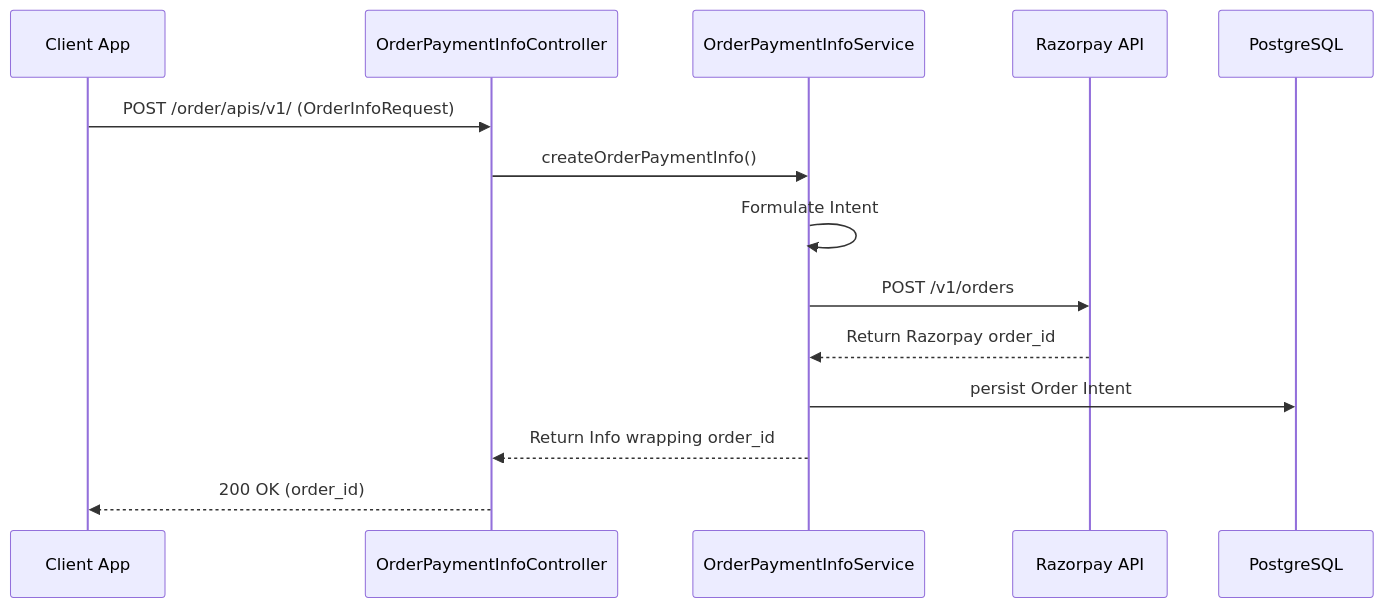
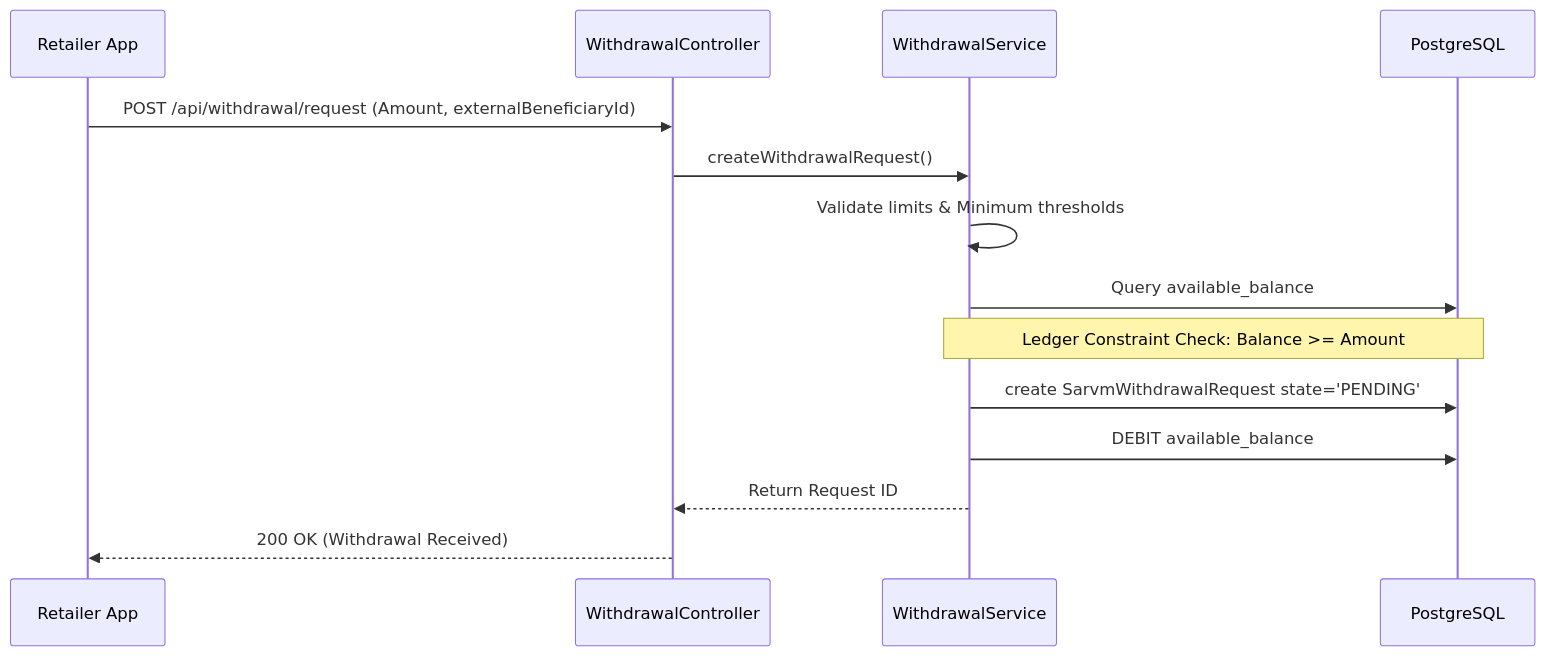
One commit to Omkar7840/eco changed the second of 4 diagrams in README.md. Above: the diagram before and after it, drawn with Mermaid. The commit also changed other lines of this file, not shown here.

````diff
--- a/README.md
+++ b/README.md
@@ -55,17 +54,17 @@
 ```mermaid
 sequenceDiagram
-    participant C as Client App
-    participant O as OrderPaymentInfoController
-    participant S as OrderPaymentInfoService
-    participant RZ as Razorpay API
+    participant R as Retailer App
+    participant W as WithdrawalController
+    participant S as WithdrawalService
     participant DB as PostgreSQL
 
-    C->>O: POST /order/apis/v1/ (OrderInfoRequest)
-    O->>S: createOrderPaymentInfo()
-    S->>S: Formulate Intent
-    S->>RZ: POST /v1/orders
-    RZ-->>S: Return Razorpay order_id
-    S->>DB: persist Order Intent
-    S-->>O: Return Info wrapping order_id
-    O-->>C: 200 OK (order_id)
+    R->>W: POST /api/withdrawal/request (Amount, externalBeneficiaryId)
+    W->>S: createWithdrawalRequest()
+    S->>S: Validate limits & Minimum thresholds
+    S->>DB: Query available_balance
+    Note over S,DB: Ledger Constraint Check: Balance >= Amount
+    S->>DB: create SarvmWithdrawalRequest state='PENDING'
+    S->>DB: DEBIT available_balance 
+    S-->>W: Return Request ID
+    W-->>R: 200 OK (Withdrawal Received)
 ```
````
